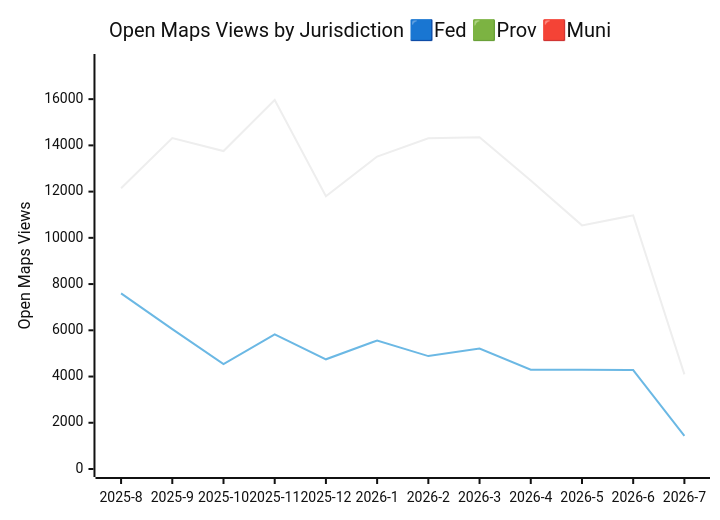
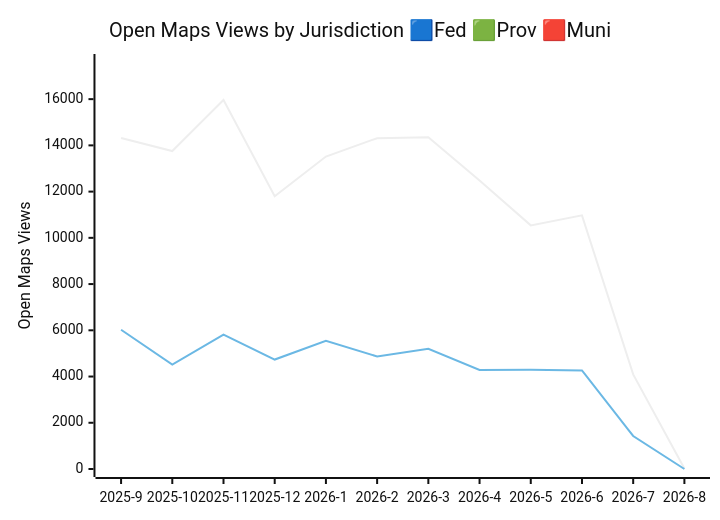
Before and after one commit to PatLittle/analytics-corporate-reporting: the third of 3 diagrams in JURISDICTION_ANALYTICS_REPORT/readme.md, drawn with Mermaid (neutral theme). The commit also changed other lines of this file and 3 other files, not shown here.

````diff
--- a/JURISDICTION_ANALYTICS_REPORT/readme.md
+++ b/JURISDICTION_ANALYTICS_REPORT/readme.md
@@ -40,9 +40,9 @@
 ```mermaid
 
 xychart-beta
     title "Open Maps Views by Jurisdiction 🟦Fed 🟩Prov 🟥Muni"
-    x-axis [2025-8, 2025-9, 2025-10, 2025-11, 2025-12, 2026-1, 2026-2, 2026-3, 2026-4, 2026-5, 2026-6, 2026-7]
+    x-axis [2025-9, 2025-10, 2025-11, 2025-12, 2026-1, 2026-2, 2026-3, 2026-4, 2026-5, 2026-6, 2026-7, 2026-8]
     y-axis "Open Maps Views" 0 --> 17607
-    line [12149, 14318, 13754, 15966, 11799, 13518, 14311, 14350, 12485, 10540, 10972, 4094]
-    line [7598, 6049, 4537, 5825, 4746, 5561, 4884, 5214, 4298, 4298, 4278, 1434]
+    line [14318, 13754, 15966, 11799, 13518, 14311, 14350, 12485, 10540, 10972, 4094, 23]
+    line [6025, 4520, 5816, 4735, 5541, 4869, 5201, 4287, 4290, 4265, 1429, 1]
 ```
````
